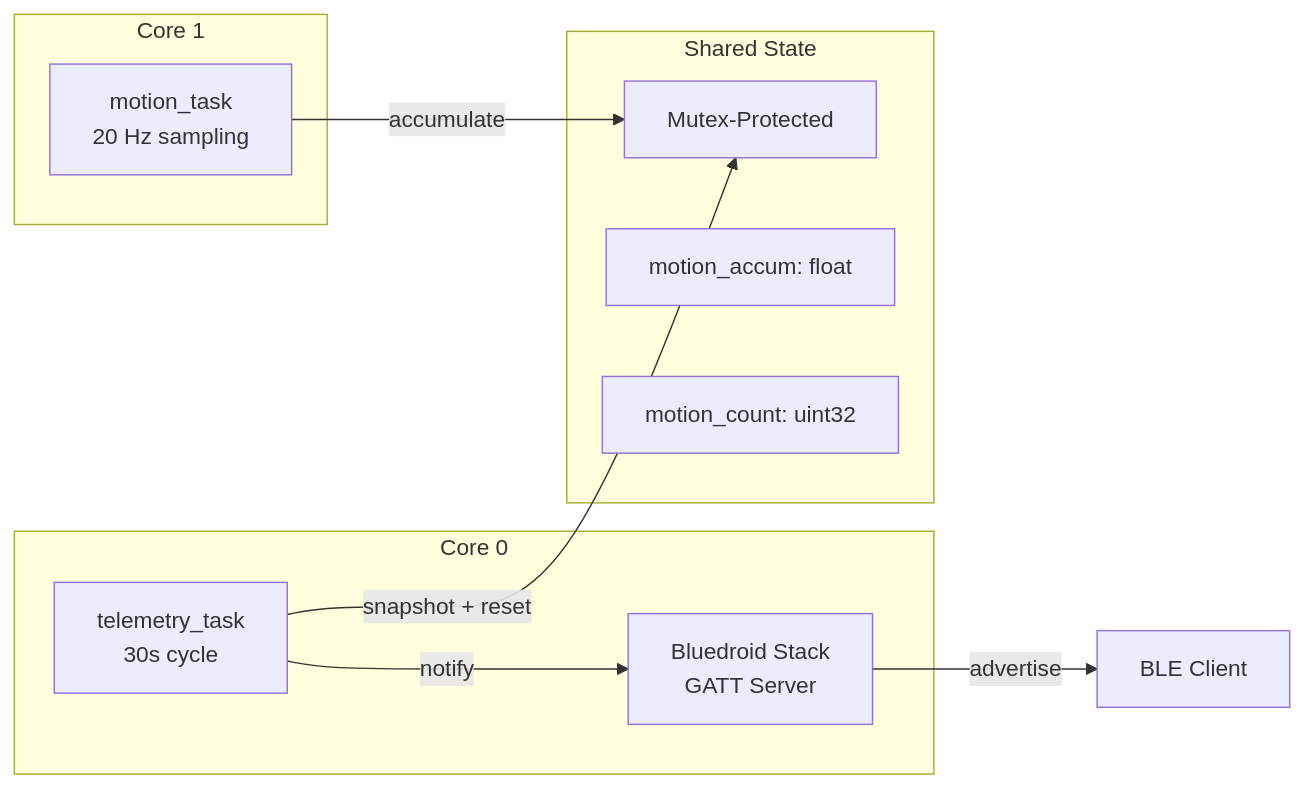
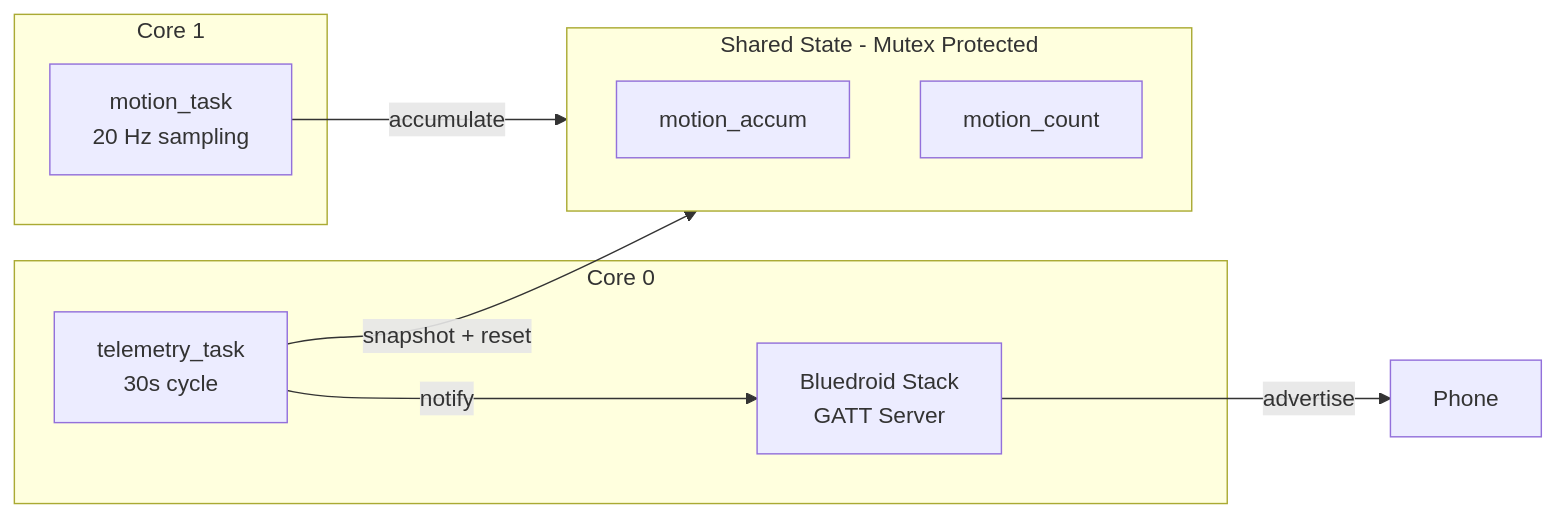
Before and after one commit to MYP-Tech/smart-goat-health-band: the second of 5 diagrams in docs/03_FIRMWARE_DESIGN.md, drawn with Mermaid. The commit also changed other lines of this file and 6 other files, not shown here.

````diff
--- a/docs/03_FIRMWARE_DESIGN.md
+++ b/docs/03_FIRMWARE_DESIGN.md
@@ -61,22 +79,21 @@
 ```mermaid
 graph LR
     subgraph Core1["Core 1"]
         MOTION["motion_task\n20 Hz sampling"]
     end
 
     subgraph Core0["Core 0"]
         TELEM["telemetry_task\n30s cycle"]
         BLE_STACK["Bluedroid Stack\nGATT Server"]
     end
 
-    subgraph SharedState["Shared State"]
-        MUTEX["Mutex-Protected"]
-        ACCUM["motion_accum: float"]
-        COUNT["motion_count: uint32"]
+    subgraph SharedState["Shared State - Mutex Protected"]
+        ACCUM["motion_accum"]
+        COUNT["motion_count"]
     end
 
-    MOTION -->|accumulate| MUTEX
-    TELEM -->|snapshot + reset| MUTEX
+    MOTION -->|accumulate| SharedState
+    TELEM -->|snapshot + reset| SharedState
     TELEM -->|notify| BLE_STACK
-    BLE_STACK -->|advertise| PHONE["BLE Client"]
+    BLE_STACK -->|advertise| PHONE["Phone"]
 ```
````
